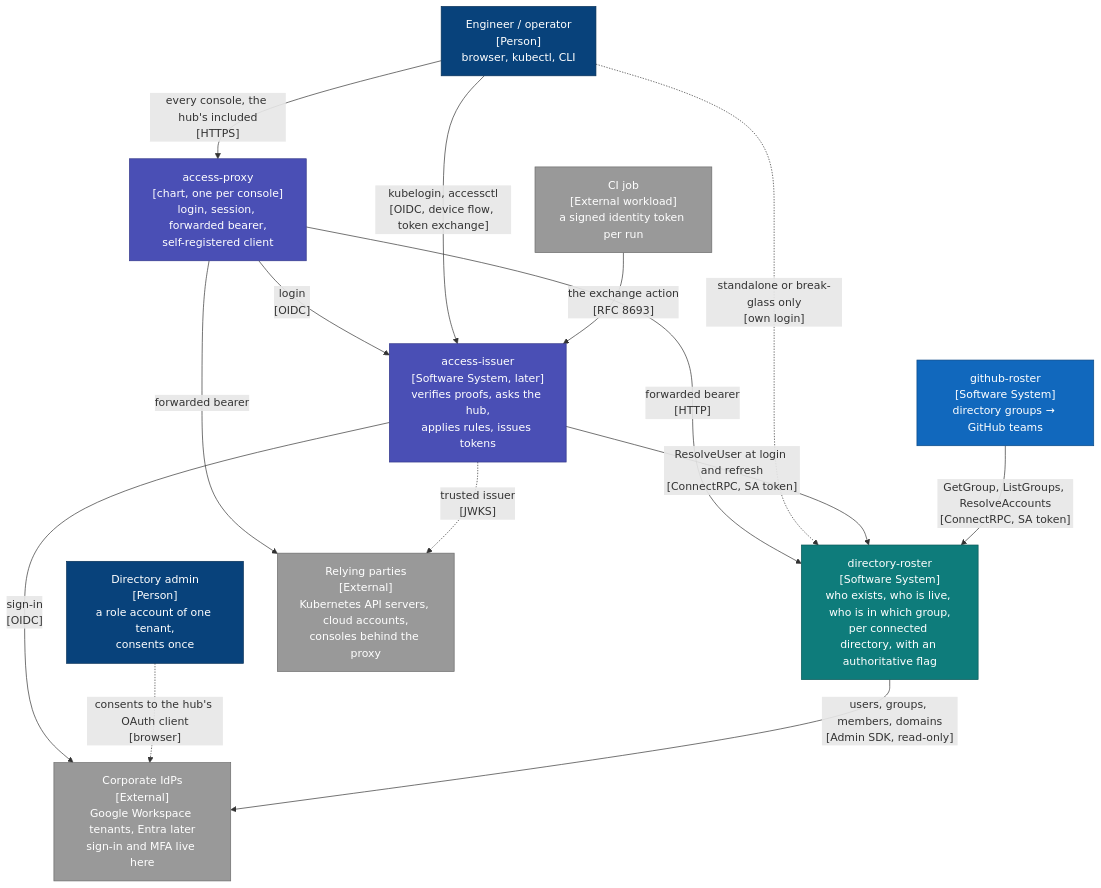
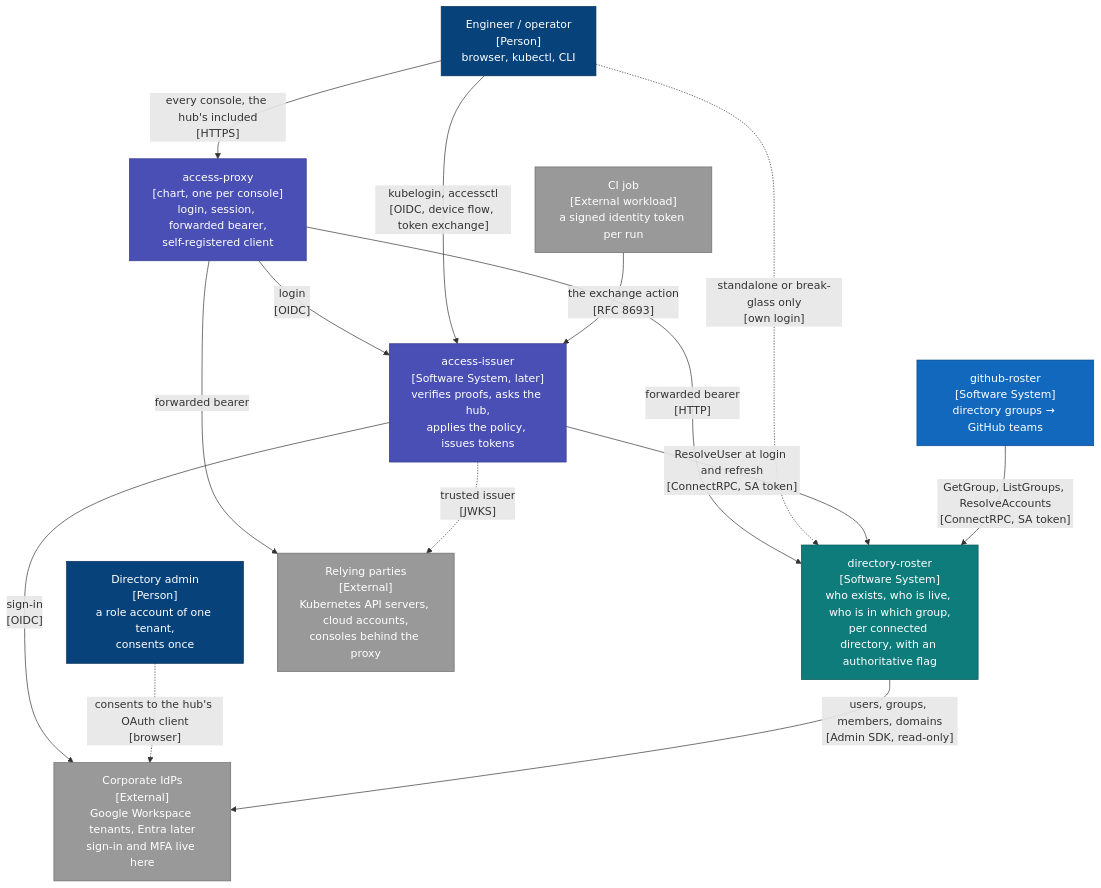
Before and after one commit to truvity/access-roster: the first of 11 diagrams in docs/architecture.md, drawn with Mermaid. The commit also changed other lines of this file and 21 other files, not shown here.

````diff
--- a/docs/architecture.md
+++ b/docs/architecture.md
@@ -35,37 +35,37 @@
 ```mermaid
 flowchart TB
   eng["Engineer / operator<br/>[Person]<br/>browser, kubectl, CLI"]:::person
   admin["Directory admin<br/>[Person]<br/>a role account of one tenant,<br/>consents once"]:::person
   ci["CI job<br/>[External workload]<br/>a signed identity token per run"]:::ext
 
-  ts["access-issuer<br/>[Software System, later]<br/>verifies proofs, asks the hub,<br/>applies rules, issues tokens"]:::token
+  ts["access-issuer<br/>[Software System, later]<br/>verifies proofs, asks the hub,<br/>applies the policy, issues tokens"]:::token
   hub["directory-roster<br/>[Software System]<br/>who exists, who is live, who is in which group,<br/>per connected directory, with an authoritative flag"]:::hub
   teamsync["github-roster<br/>[Software System]<br/>directory groups → GitHub teams"]:::system
 
   proxy["access-proxy<br/>[chart, one per console]<br/>login, session, forwarded bearer,<br/>self-registered client"]:::token
   rp["Relying parties<br/>[External]<br/>Kubernetes API servers, cloud accounts,<br/>consoles behind the proxy"]:::ext
   idp["Corporate IdPs<br/>[External]<br/>Google Workspace tenants, Entra later<br/>sign-in and MFA live here"]:::ext
 
   eng -- "every console, the hub's included<br/>[HTTPS]" --> proxy
   proxy -- "login<br/>[OIDC]" --> ts
   proxy -- "forwarded bearer<br/>[HTTP]" --> hub
   proxy -- "forwarded bearer" --> rp
   eng -- "kubelogin, accessctl<br/>[OIDC, device flow, token exchange]" --> ts
   eng -. "standalone or break-glass only<br/>[own login]" .-> hub
   ci -- "the exchange action<br/>[RFC 8693]" --> ts
   ts -- "sign-in<br/>[OIDC]" --> idp
   ts -- "ResolveUser at login and refresh<br/>[ConnectRPC, SA token]" --> hub
   ts -. "trusted issuer<br/>[JWKS]" .-> rp
   teamsync -- "GetGroup, ListGroups, ResolveAccounts<br/>[ConnectRPC, SA token]" --> hub
   admin -. "consents to the hub's OAuth client<br/>[browser]" .-> idp
   hub -- "users, groups, members, domains<br/>[Admin SDK, read-only]" --> idp
 
   classDef person fill:#08427b,stroke:#052e56,color:#fff
   classDef system fill:#1168bd,stroke:#0b4884,color:#fff
   classDef ext fill:#999999,stroke:#6b6b6b,color:#fff
   classDef hub fill:#0E7C7B,stroke:#0A5958,color:#fff
   classDef hubStore fill:#5FA9A7,stroke:#0A5958,color:#fff
   classDef token fill:#4A4FB5,stroke:#33378A,color:#fff
   classDef tokenStore fill:#8A8DD1,stroke:#33378A,color:#fff
   classDef component fill:#85bbf0,stroke:#5d82a8,color:#000
 ```
````
